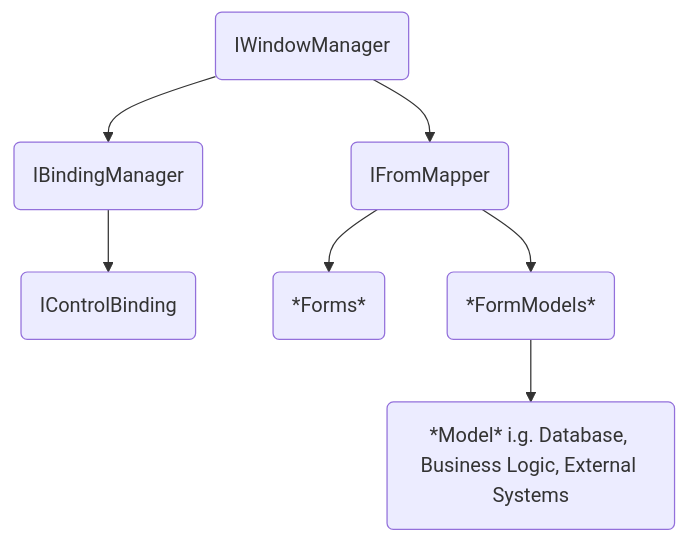
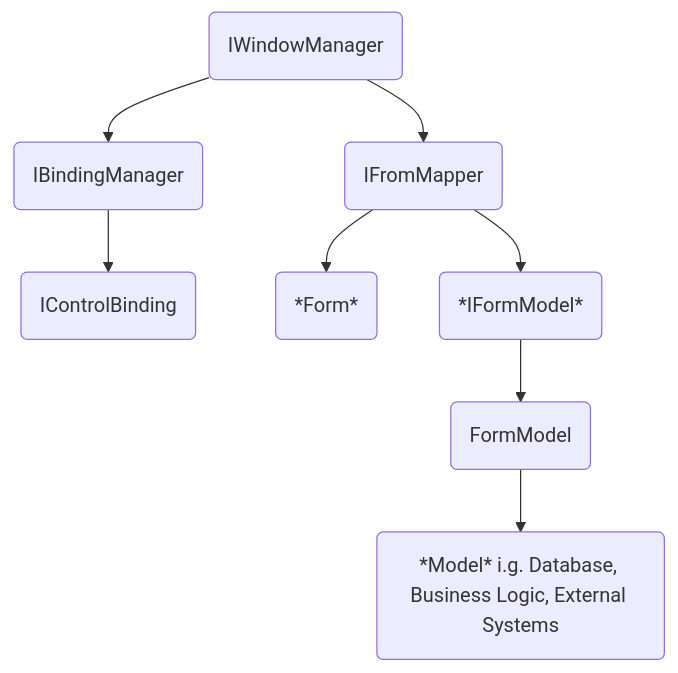
The diagram in docs/adr/0005-create-mffm-framework-for-winforms.md (OnkelMato/MFFM), drawn with Mermaid before and after one commit. The commit also changed other lines of this file and 1 other file, not shown here.

Commit message:
adr enhanced

````diff
--- a/docs/adr/0005-create-mffm-framework-for-winforms.md
+++ b/docs/adr/0005-create-mffm-framework-for-winforms.md
@@ -32,9 +32,10 @@
 ```mermaid
 flowchart TD
     A(IWindowManager) --> B(IBindingManager)
     B --> E(IControlBinding)
     A --> C(IFromMapper)
-    C --> D(*Forms*)
-    C --> F(*FormModels*)
-    F --> G(*Model* i.g. Database, Business Logic, External Systems)
+    C --> D(*Form*)
+    C --> F(*IFormModel*)
+    F --> G(FormModel)
+    G --> H(*Model* i.g. Database, Business Logic, External Systems)
 ```
````
